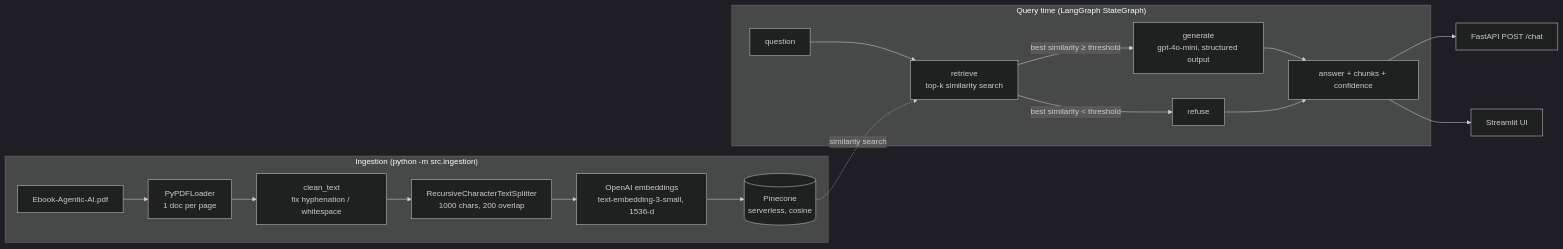
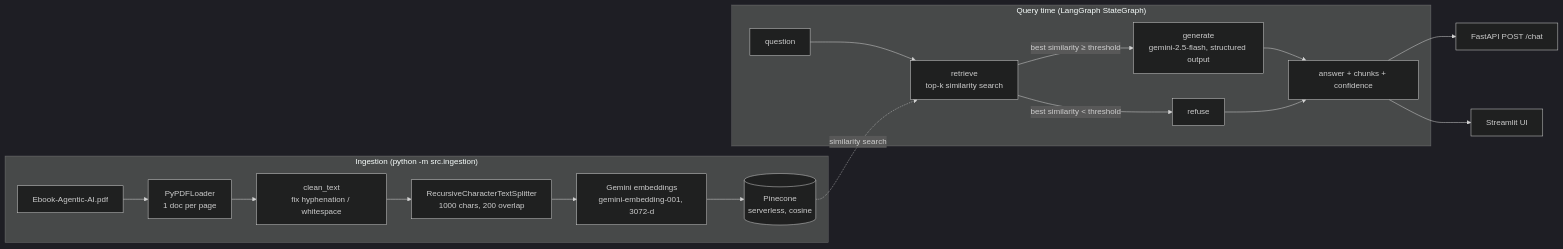
The diagram in README.md (aniilhr/agentic-ai-rag-chatbot), drawn with Mermaid (dark theme) before and after one commit. The commit also changed other lines of this file and 12 other files, not shown here.

First line of the commit message:
Switch LLM and embeddings from OpenAI to Google Gemini

````diff
--- a/README.md
+++ b/README.md
@@ -21,22 +21,22 @@
 ```mermaid
 flowchart LR
     subgraph Ingestion["Ingestion  (python -m src.ingestion)"]
         A[Ebook-Agentic-AI.pdf] --> B[PyPDFLoader<br/>1 doc per page]
         B --> C[clean_text<br/>fix hyphenation / whitespace]
         C --> D[RecursiveCharacterTextSplitter<br/>1000 chars, 200 overlap]
-        D --> E[OpenAI embeddings<br/>text-embedding-3-small, 1536-d]
+        D --> E[Gemini embeddings<br/>gemini-embedding-001, 3072-d]
         E --> F[(Pinecone<br/>serverless, cosine)]
     end
 
     subgraph Query["Query time  (LangGraph StateGraph)"]
         Q[question] --> R[retrieve<br/>top-k similarity search]
-        R -->|best similarity ≥ threshold| G[generate<br/>gpt-4o-mini, structured output]
+        R -->|best similarity ≥ threshold| G[generate<br/>gemini-2.5-flash, structured output]
         R -->|best similarity < threshold| X[refuse]
         G --> O[answer + chunks + confidence]
         X --> O
     end
 
     F -. similarity search .-> R
     O --> API[FastAPI POST /chat]
     O --> UI[Streamlit UI]
 ```
````
